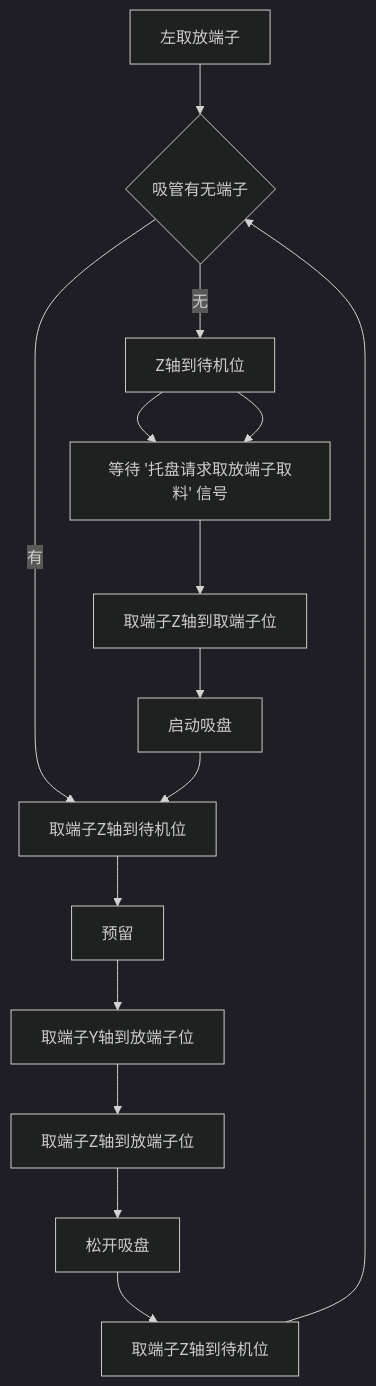
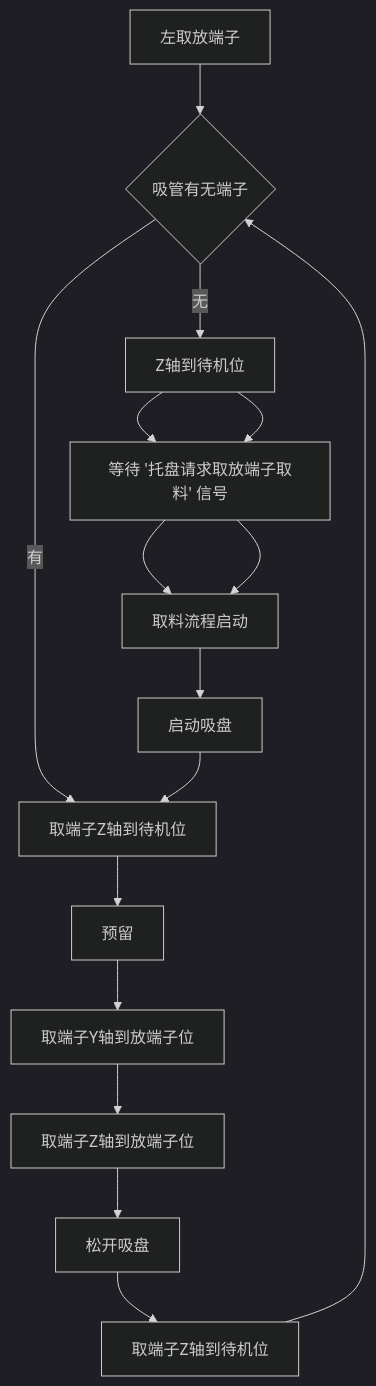
The diagram in all/VR-OP90左取放端子.md (zmq000/iodraw-files), drawn with Mermaid (dark theme) before and after one commit.

Commit message:
2026-06-18 11:29:12 update

````diff
--- a/all/VR-OP90左取放端子.md
+++ b/all/VR-OP90左取放端子.md
@@ -1,19 +1,20 @@
 ```mermaid
 graph TD
 0[左取放端子]-->10
 10{吸管有无端子}-->|有|60
 10-->|无|20
 20[取端子Y轴到取端子位]-->30
 30[托盘X轴到取端子位]-->40
 40[取端子Z轴到取端子位]-->50
 50[启动吸盘]-->60
 60[取端子Z轴到待机位]-->70
 70[预留]-->80
 80[取端子Y轴到放端子位]-->90
 90[取端子Z轴到放端子位]-->100
 100[松开吸盘]-->110
 110[取端子Z轴到待机位]-->10
 
 20[Z轴到待机位]-->30
-30[等待 '托盘请求取放端子取料' 信号] 
+30[等待 '托盘请求取放端子取料' 信号] -->40
+40[取料流程启动]
 ```
````
